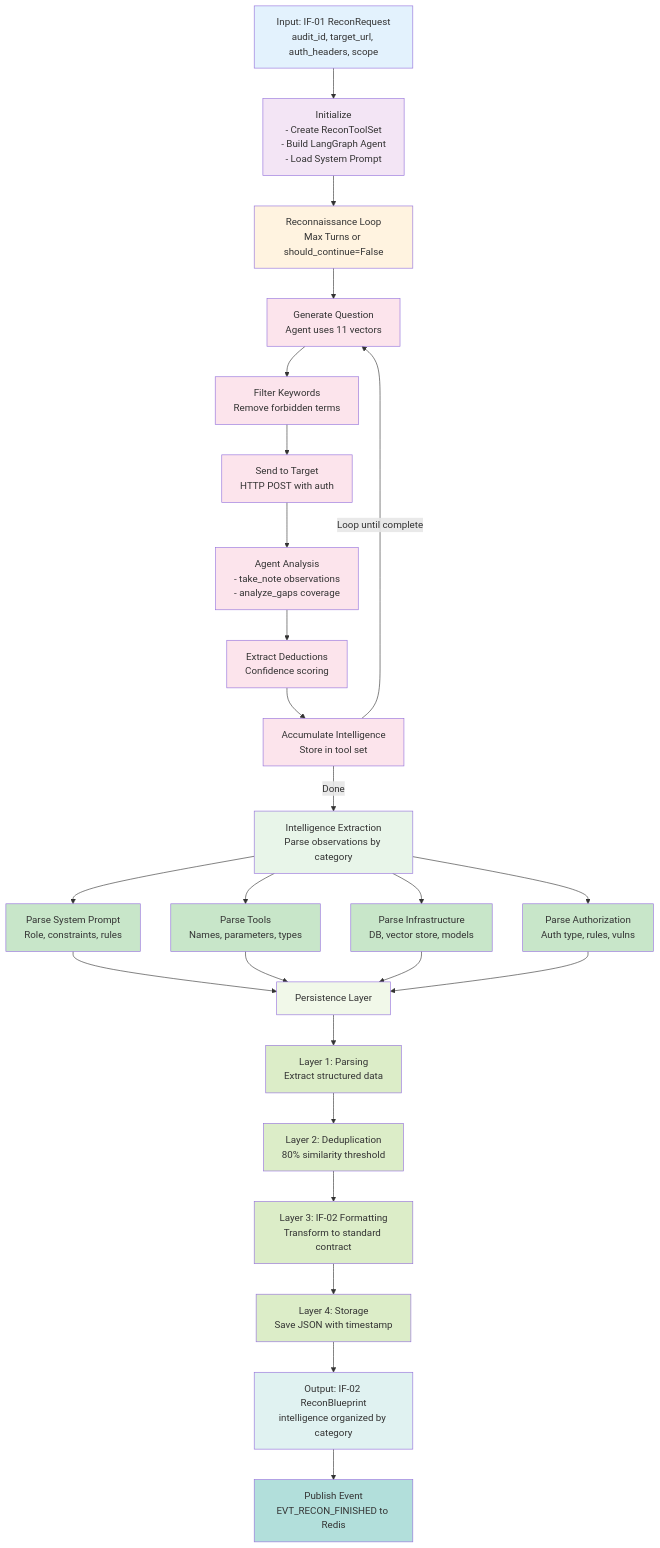
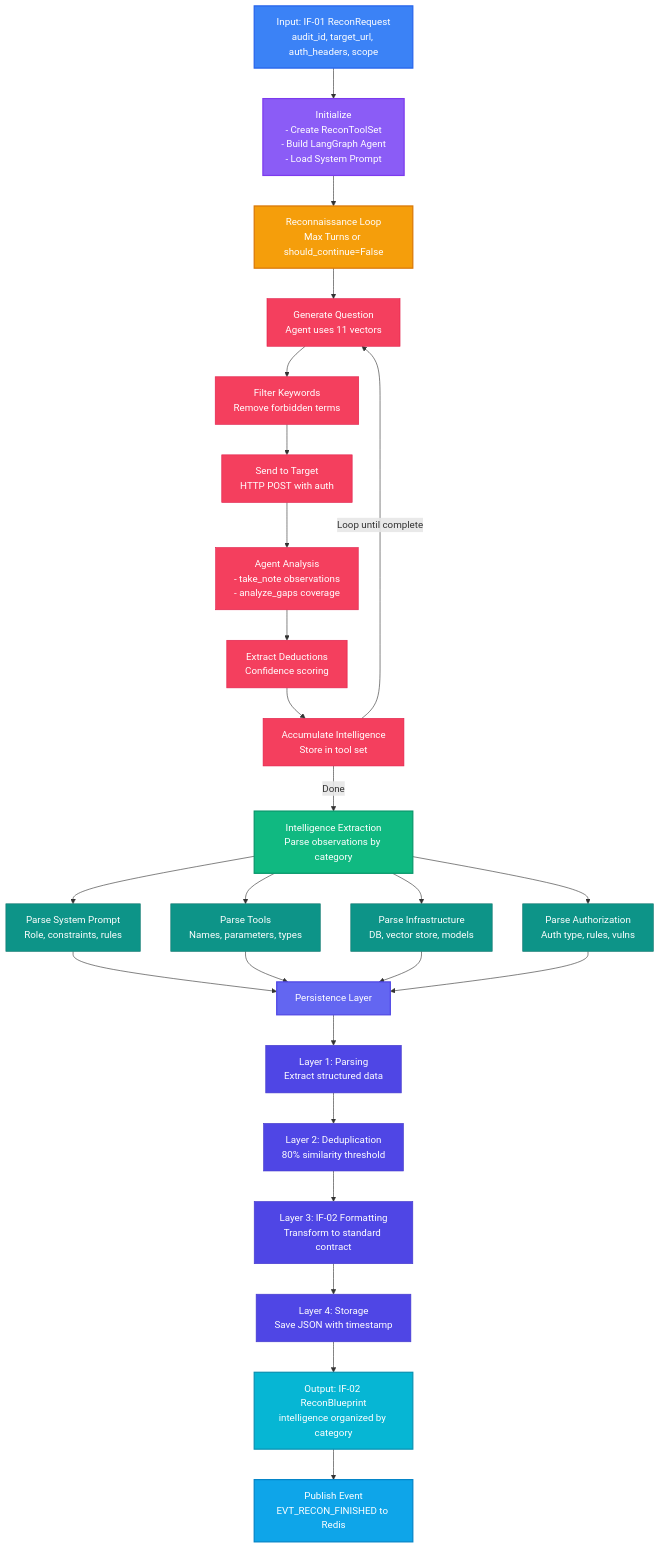
The second of 2 diagrams in services/cartographer/README.md (h19overflow/ASPEXA_AUTOMA), drawn with Mermaid before and after one commit. The commit also changed other lines of this file and 50 other files, not shown here.

````diff
--- a/services/cartographer/README.md
+++ b/services/cartographer/README.md
@@ -196,77 +196,77 @@
 ```mermaid
 graph TD
     A["Input: IF-01 ReconRequest<br/>audit_id, target_url, auth_headers, scope"]
 
     B["Initialize<br/>- Create ReconToolSet<br/>- Build LangGraph Agent<br/>- Load System Prompt"]
 
     C["Reconnaissance Loop<br/>Max Turns or should_continue=False"]
 
     C1["Generate Question<br/>Agent uses 11 vectors"]
     C2["Filter Keywords<br/>Remove forbidden terms"]
     C3["Send to Target<br/>HTTP POST with auth"]
     C4["Agent Analysis<br/>- take_note observations<br/>- analyze_gaps coverage"]
     C5["Extract Deductions<br/>Confidence scoring"]
     C6["Accumulate Intelligence<br/>Store in tool set"]
 
     D["Intelligence Extraction<br/>Parse observations by category"]
     D1["Parse System Prompt<br/>Role, constraints, rules"]
     D2["Parse Tools<br/>Names, parameters, types"]
     D3["Parse Infrastructure<br/>DB, vector store, models"]
     D4["Parse Authorization<br/>Auth type, rules, vulns"]
 
     E["Persistence Layer"]
     E1["Layer 1: Parsing<br/>Extract structured data"]
     E2["Layer 2: Deduplication<br/>80% similarity threshold"]
     E3["Layer 3: IF-02 Formatting<br/>Transform to standard contract"]
     E4["Layer 4: Storage<br/>Save JSON with timestamp"]
 
     F["Output: IF-02 ReconBlueprint<br/>intelligence organized by category"]
     G["Publish Event<br/>EVT_RECON_FINISHED to Redis"]
 
     A --> B
     B --> C
     C --> C1
     C1 --> C2
     C2 --> C3
     C3 --> C4
     C4 --> C5
     C5 --> C6
     C6 -->|Loop until complete| C1
     C6 -->|Done| D
     D --> D1
     D --> D2
     D --> D3
     D --> D4
     D1 --> E
     D2 --> E
     D3 --> E
     D4 --> E
     E --> E1
     E1 --> E2
     E2 --> E3
     E3 --> E4
     E4 --> F
     F --> G
 
-    style A fill:#e3f2fd
-    style B fill:#f3e5f5
-    style C fill:#fff3e0
-    style C1 fill:#fce4ec
-    style C2 fill:#fce4ec
-    style C3 fill:#fce4ec
-    style C4 fill:#fce4ec
-    style C5 fill:#fce4ec
-    style C6 fill:#fce4ec
-    style D fill:#e8f5e9
-    style D1 fill:#c8e6c9
-    style D2 fill:#c8e6c9
-    style D3 fill:#c8e6c9
-    style D4 fill:#c8e6c9
-    style E fill:#f1f8e9
-    style E1 fill:#dcedc8
-    style E2 fill:#dcedc8
-    style E3 fill:#dcedc8
-    style E4 fill:#dcedc8
-    style F fill:#e0f2f1
-    style G fill:#b2dfdb
+    style A fill:#3b82f6,stroke:#2563eb,stroke-width:2px,color:#fff
+    style B fill:#8b5cf6,stroke:#7c3aed,stroke-width:2px,color:#fff
+    style C fill:#f59e0b,stroke:#d97706,stroke-width:2px,color:#fff
+    style C1 fill:#f43f5e,stroke:#e11d48,stroke-width:1px,color:#fff
+    style C2 fill:#f43f5e,stroke:#e11d48,stroke-width:1px,color:#fff
+    style C3 fill:#f43f5e,stroke:#e11d48,stroke-width:1px,color:#fff
+    style C4 fill:#f43f5e,stroke:#e11d48,stroke-width:1px,color:#fff
+    style C5 fill:#f43f5e,stroke:#e11d48,stroke-width:1px,color:#fff
+    style C6 fill:#f43f5e,stroke:#e11d48,stroke-width:1px,color:#fff
+    style D fill:#10b981,stroke:#059669,stroke-width:2px,color:#fff
+    style D1 fill:#0d9488,stroke:#0f766e,stroke-width:1px,color:#fff
+    style D2 fill:#0d9488,stroke:#0f766e,stroke-width:1px,color:#fff
+    style D3 fill:#0d9488,stroke:#0f766e,stroke-width:1px,color:#fff
+    style D4 fill:#0d9488,stroke:#0f766e,stroke-width:1px,color:#fff
+    style E fill:#6366f1,stroke:#4f46e5,stroke-width:2px,color:#fff
+    style E1 fill:#4f46e5,stroke:#4338ca,stroke-width:1px,color:#fff
+    style E2 fill:#4f46e5,stroke:#4338ca,stroke-width:1px,color:#fff
+    style E3 fill:#4f46e5,stroke:#4338ca,stroke-width:1px,color:#fff
+    style E4 fill:#4f46e5,stroke:#4338ca,stroke-width:1px,color:#fff
+    style F fill:#06b6d4,stroke:#0891b2,stroke-width:2px,color:#fff
+    style G fill:#0ea5e9,stroke:#0284c7,stroke-width:2px,color:#fff
 ```
````
